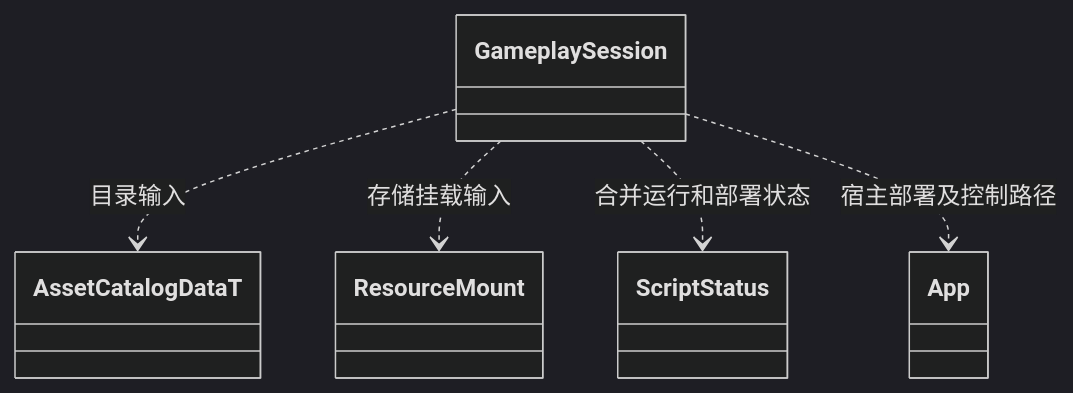
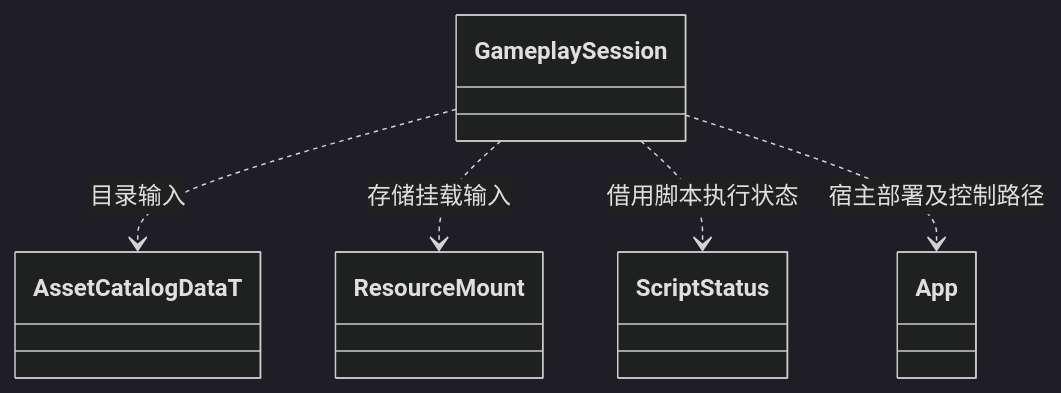
The second of 2 diagrams in docs/runtime/class-diagrams/gameplay-session.md (lcals/Engine), drawn with Mermaid (dark theme) before and after one commit. The commit also changed other lines of this file and 195 other files, not shown here.

````diff
--- a/docs/runtime/class-diagrams/gameplay-session.md
+++ b/docs/runtime/class-diagrams/gameplay-session.md
@@ -40,12 +40,12 @@
 ```mermaid
 classDiagram
     class GameplaySession
     class AssetCatalogDataT
     class ResourceMount
     class ScriptStatus
     class App
     GameplaySession ..> AssetCatalogDataT : 目录输入
     GameplaySession ..> ResourceMount : 存储挂载输入
-    GameplaySession ..> ScriptStatus : 合并运行和部署状态
+    GameplaySession ..> ScriptStatus : 借用脚本执行状态
     GameplaySession ..> App : 宿主部署及控制路径
 ```
````
